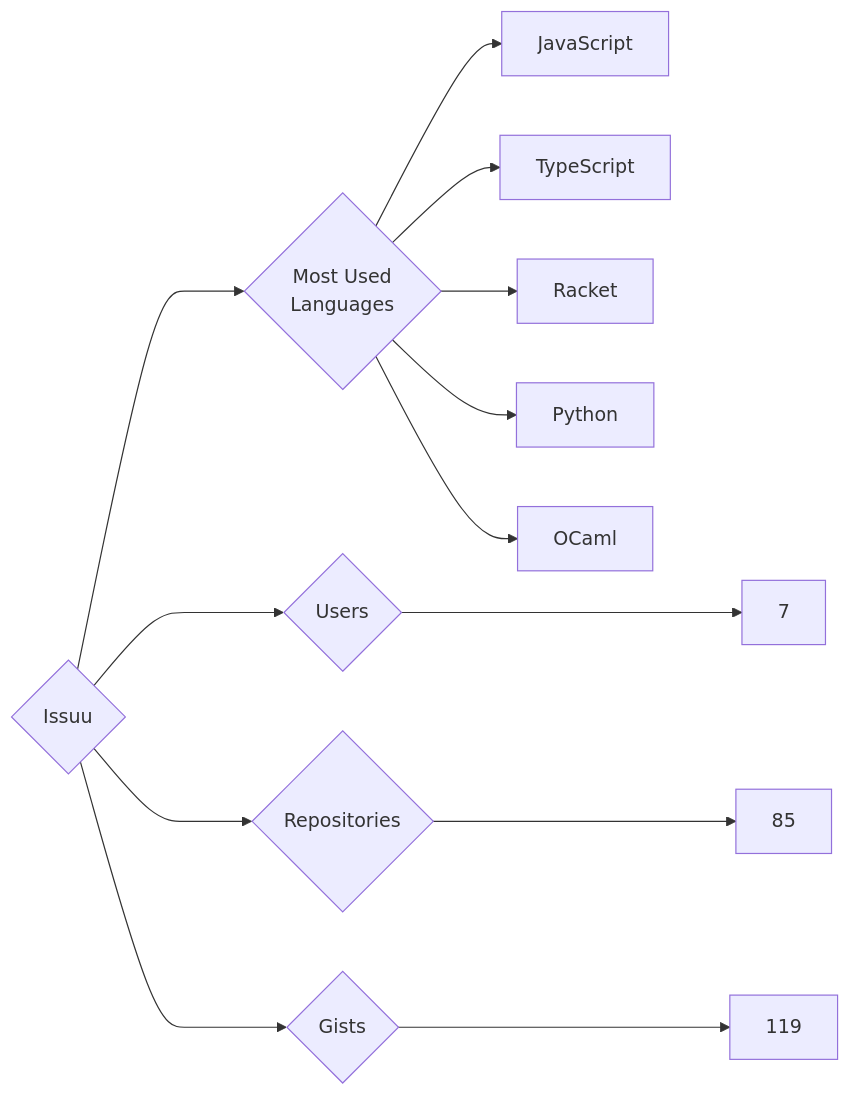
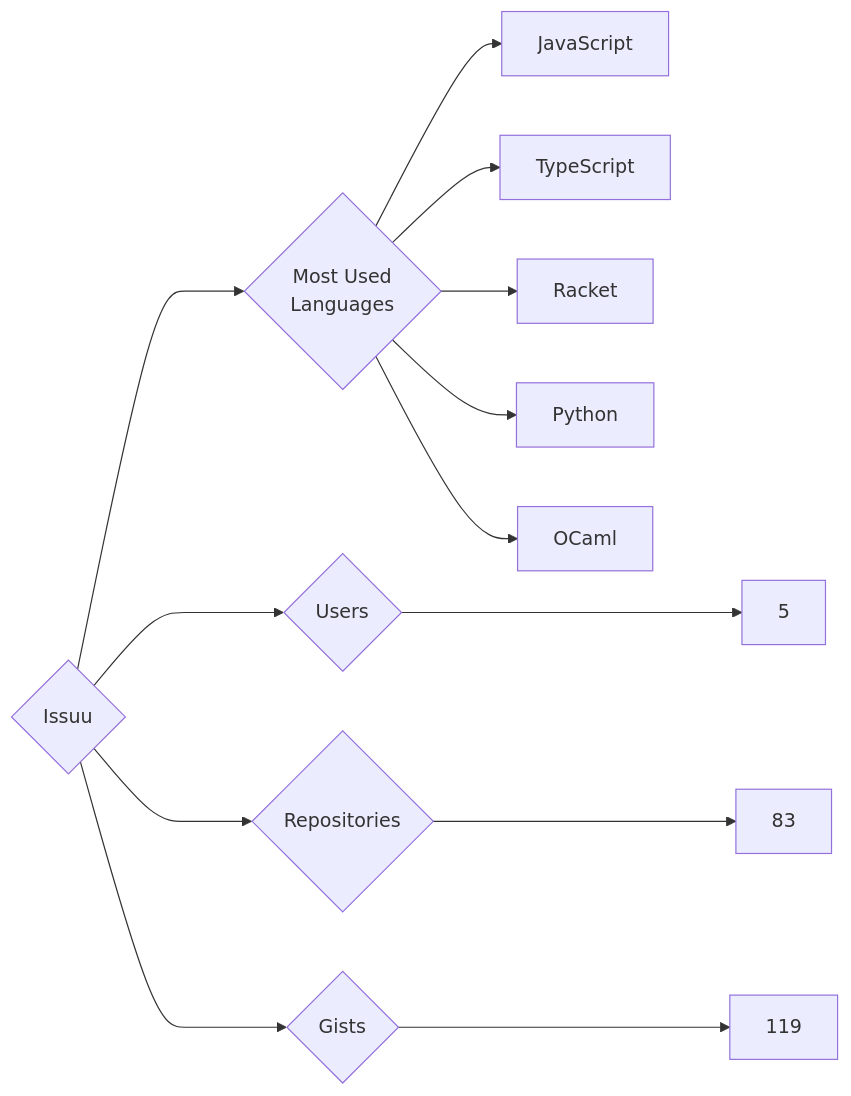
The diagram in targets/Issuu/README.md (trickest/insiders), drawn with Mermaid before and after one commit. The commit also changed 965 other files, not shown here.

````diff
--- a/targets/Issuu/README.md
+++ b/targets/Issuu/README.md
@@ -3,13 +3,13 @@
 ```mermaid
 graph LR
 COMPANY_NAME{Issuu}
-COMPANY_NAME ---> U{Users} ---> UN[7]
-COMPANY_NAME ---> R{Repositories} ---> RN[85]
+COMPANY_NAME ---> U{Users} ---> UN[5]
+COMPANY_NAME ---> R{Repositories} ---> RN[83]
 COMPANY_NAME ---> G{Gists} ---> GN[119]
 COMPANY_NAME ---> ML{Most Used<br>Languages}
 ML --> JavaScript[JavaScript]
 ML --> TypeScript[TypeScript]
 ML --> Racket[Racket]
 ML --> Python[Python]
 ML --> OCaml[OCaml]
 ```
````
